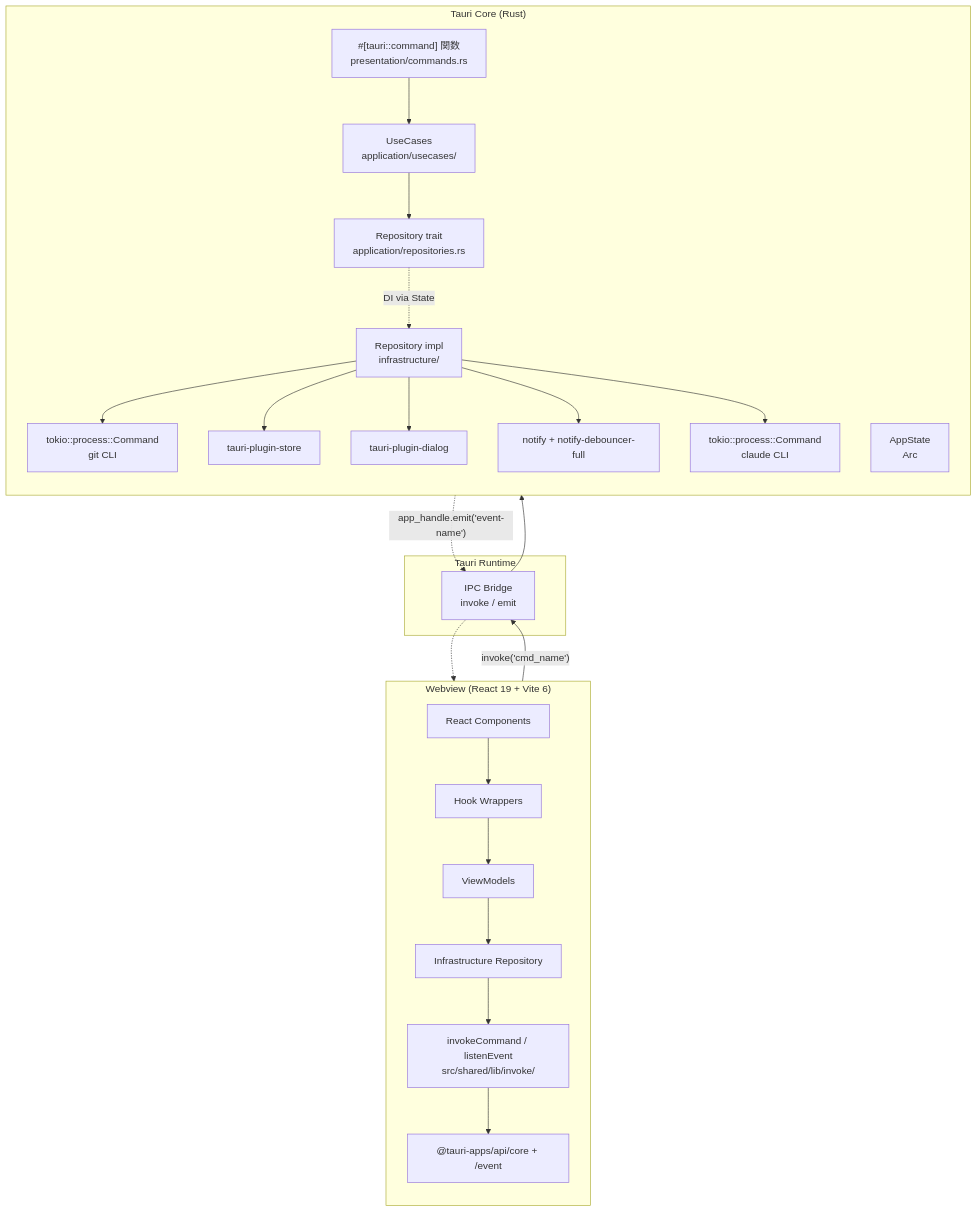
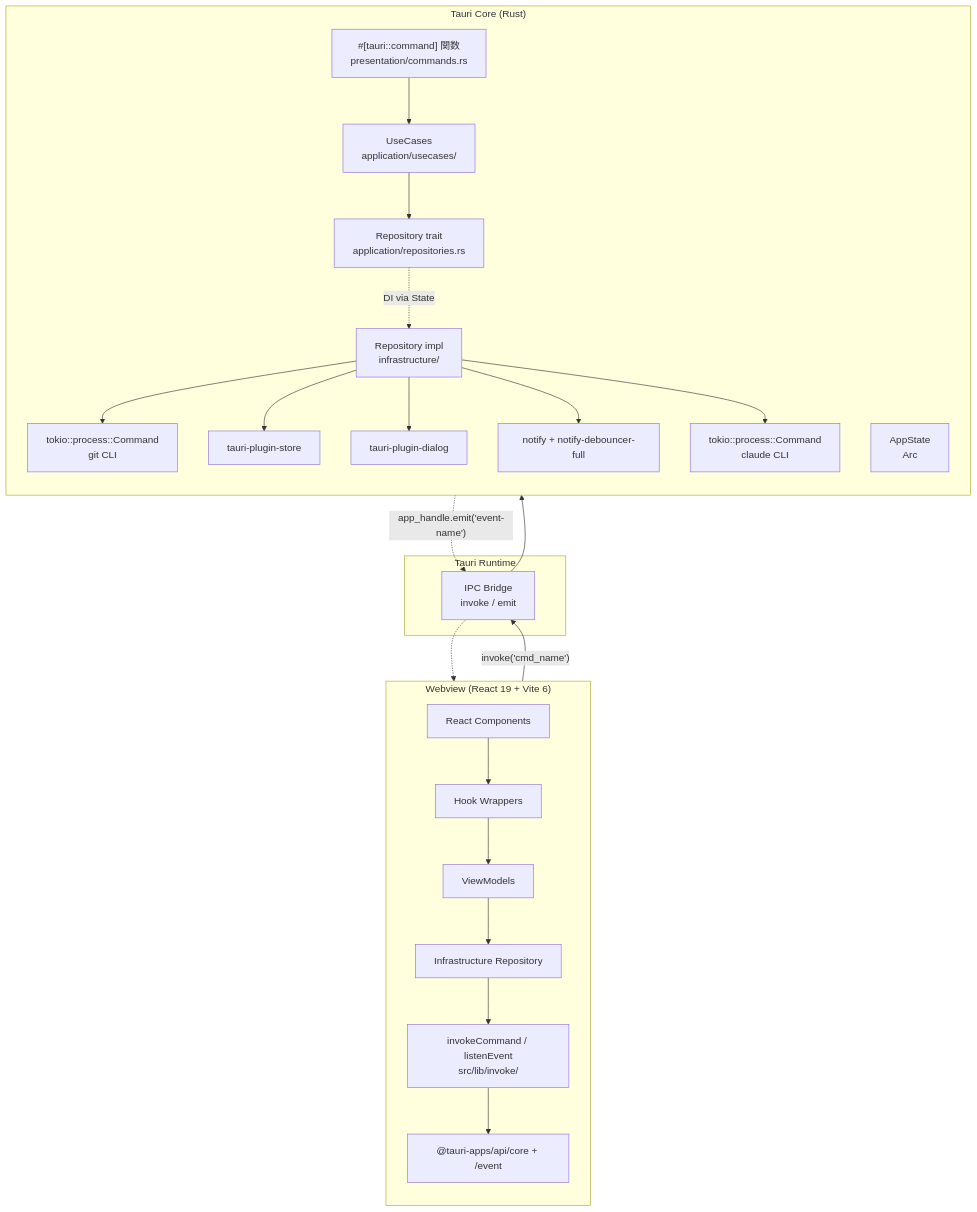
The diagram in .sdd/specification/tauri-migration_design.md (ToshikiImagawa/Buruma), drawn with Mermaid before and after one commit. The commit also changed other lines of this file and 66 other files, not shown here.

First line of the commit message:
Refactor `src/shared/` to `src/domain/` and `src/lib/` structure for improved modularity

````diff
--- a/.sdd/specification/tauri-migration_design.md
+++ b/.sdd/specification/tauri-migration_design.md
@@ -107,40 +107,40 @@
 ```mermaid
 graph TD
     subgraph "Webview (React 19 + Vite 6)"
         direction TB
         UI[React Components]
         VM[ViewModels]
         Hook[Hook Wrappers]
         Repo[Infrastructure Repository]
-        InvokeWrap["invokeCommand<T> / listenEvent<T><br/>src/shared/lib/invoke/"]
+        InvokeWrap["invokeCommand<T> / listenEvent<T><br/>src/lib/invoke/"]
         API["@tauri-apps/api/core + /event"]
         UI --> Hook --> VM --> Repo
         Repo --> InvokeWrap
         InvokeWrap --> API
     end
 
     subgraph "Tauri Runtime"
         Bridge[IPC Bridge<br/>invoke / emit]
     end
 
     subgraph "Tauri Core (Rust)"
         direction TB
         Cmd["#[tauri::command] 関数<br/>presentation/commands.rs"]
         UC[UseCases<br/>application/usecases/]
         Trait[Repository trait<br/>application/repositories.rs]
         Impl[Repository impl<br/>infrastructure/]
         State["AppState<br/>Arc<dyn Trait>"]
         Cmd --> UC --> Trait
         Trait -.->|DI via State| Impl
         Impl --> Git["tokio::process::Command<br/>git CLI"]
         Impl --> Store["tauri-plugin-store"]
         Impl --> Dialog["tauri-plugin-dialog"]
         Impl --> Watch["notify + notify-debouncer-full"]
         Impl --> Proc["tokio::process::Command<br/>claude CLI"]
     end
 
     API -->|"invoke<T>('cmd_name')"| Bridge
     Bridge --> Cmd
     Impl -.->|"app_handle.emit('event-name')"| Bridge
     Bridge -.-> API
 ```
````
